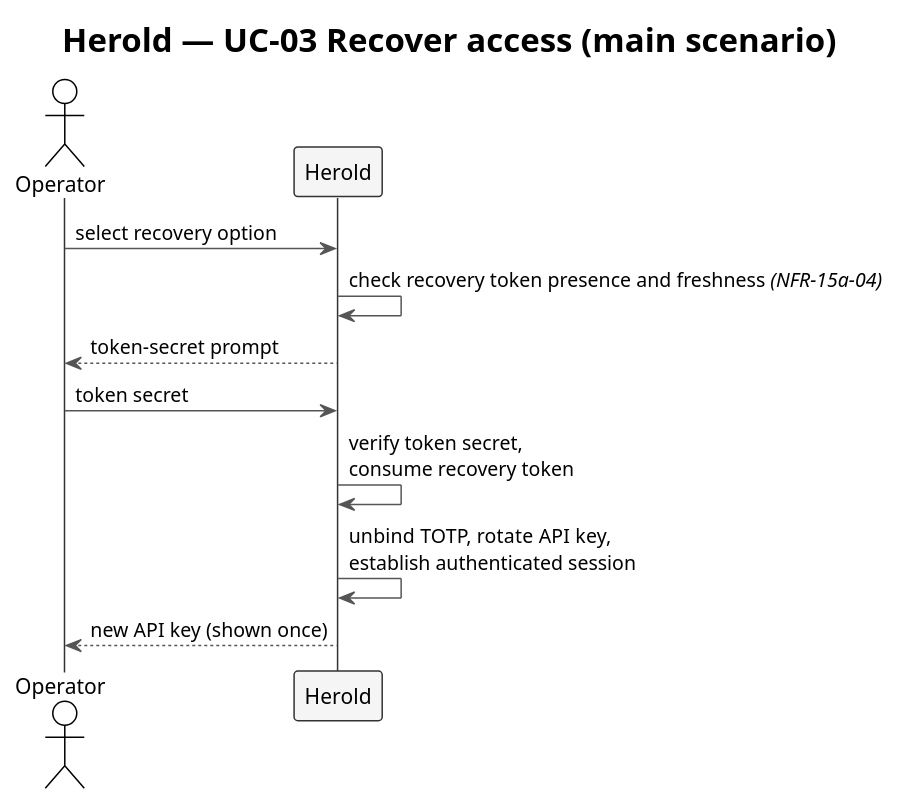
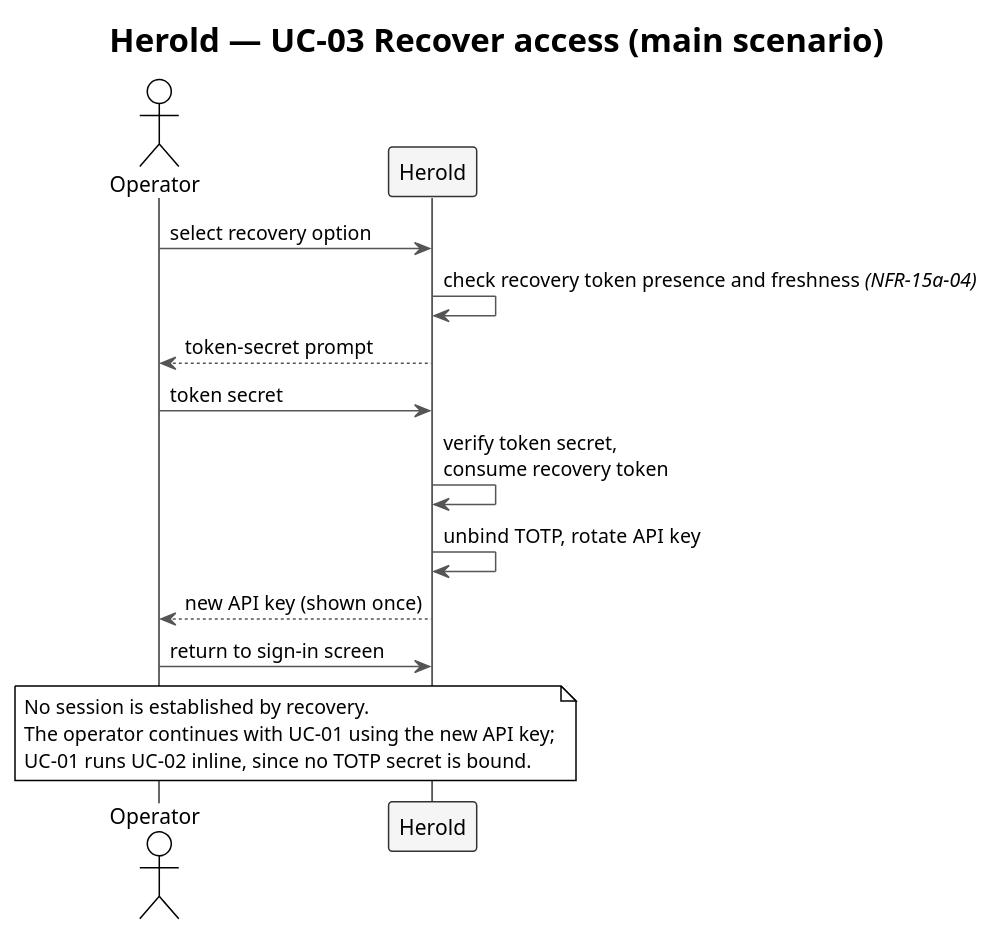
The diagram in docs/spec/diagrams/f2-uc03-recover-access.plantuml (carstenlucke/herold), drawn with PlantUML before and after one commit. The commit also changed 9 other files, not shown here.

```diff
--- a/docs/spec/diagrams/f2-uc03-recover-access.plantuml
+++ b/docs/spec/diagrams/f2-uc03-recover-access.plantuml
@@ -1,25 +1,28 @@
 @startuml f2-uc03-recover-access
 !theme plain
 skinparam shadowing false
 skinparam ArrowColor #555555
 skinparam SequenceLifeLineBorderColor #333333
 skinparam SequenceParticipantBorderColor #333333
 skinparam SequenceParticipantBackgroundColor #F5F5F5
 skinparam SequenceReferenceBackgroundColor #F0E8FF
 skinparam SequenceGroupBodyBackgroundColor transparent
 
 title Herold — UC-03 Recover access (main scenario)
 
 actor    "Operator" as OP
 participant "Herold"  as SYS
 
 OP  ->  SYS : select recovery option
 SYS ->  SYS : check recovery token presence and freshness //(NFR-15a-04)//
 SYS --> OP  : token-secret prompt
 
 OP  ->  SYS : token secret
 SYS ->  SYS : verify token secret,\nconsume recovery token
-SYS ->  SYS : unbind TOTP, rotate API key,\nestablish authenticated session
+SYS ->  SYS : unbind TOTP, rotate API key
 SYS --> OP  : new API key (shown once)
+OP  ->  SYS : return to sign-in screen
+
+note over OP, SYS : No session is established by recovery.\nThe operator continues with UC-01 using the new API key;\nUC-01 runs UC-02 inline, since no TOTP secret is bound.
 
 @enduml
```
